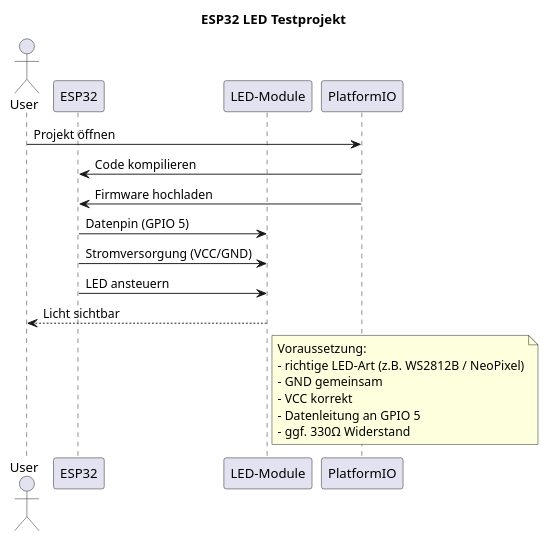
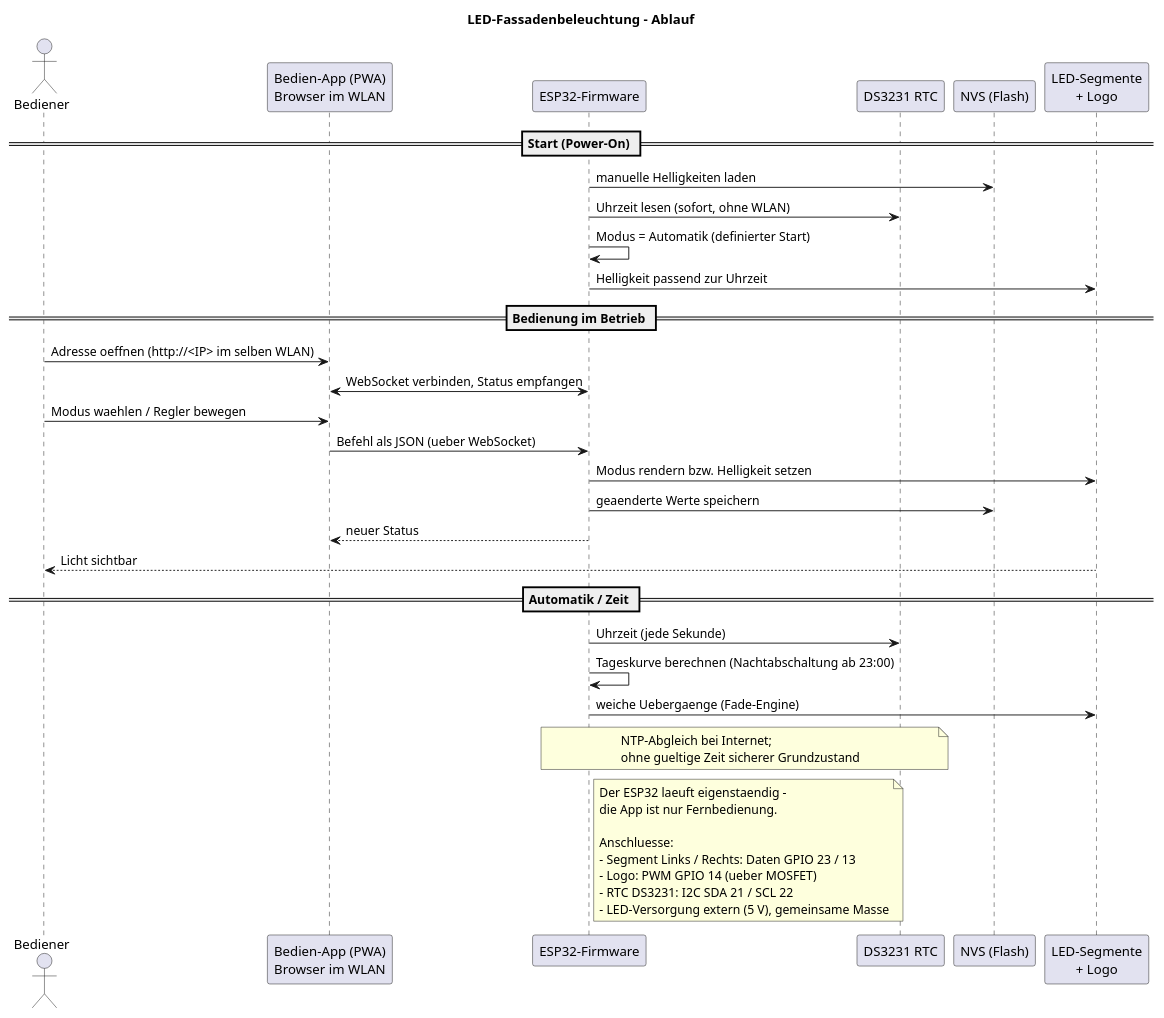
The diagram in plantuml.puml (EleMayer/Led_Synagoge), drawn with PlantUML before and after one commit. The commit also changed 14 other files, not shown here.

```diff
--- a/plantuml.puml
+++ b/plantuml.puml
@@ -1,26 +1,44 @@
-@startuml Led
-title ESP32 LED Testprojekt
+@startuml Fassade
+title LED-Fassadenbeleuchtung - Ablauf
 
-actor User
-participant "ESP32" as ESP32
-participant "LED-Module" as LED
-participant "PlatformIO" as PIO
+actor "Bediener" as User
+participant "Bedien-App (PWA)\nBrowser im WLAN" as App
+participant "ESP32-Firmware" as ESP
+participant "DS3231 RTC" as RTC
+participant "NVS (Flash)" as NVS
+participant "LED-Segmente\n+ Logo" as LED
 
-User -> PIO: Projekt öffnen
-PIO -> ESP32: Code kompilieren
-PIO -> ESP32: Firmware hochladen
-ESP32 -> LED: Datenpin (GPIO 5)
-ESP32 -> LED: Stromversorgung (VCC/GND)
-ESP32 -> LED: LED ansteuern
+== Start (Power-On) ==
+ESP -> NVS: manuelle Helligkeiten laden
+ESP -> RTC: Uhrzeit lesen (sofort, ohne WLAN)
+ESP -> ESP: Modus = Automatik (definierter Start)
+ESP -> LED: Helligkeit passend zur Uhrzeit
+
+== Bedienung im Betrieb ==
+User -> App: Adresse oeffnen (http://<IP> im selben WLAN)
+App <-> ESP: WebSocket verbinden, Status empfangen
+User -> App: Modus waehlen / Regler bewegen
+App -> ESP: Befehl als JSON (ueber WebSocket)
+ESP -> LED: Modus rendern bzw. Helligkeit setzen
+ESP -> NVS: geaenderte Werte speichern
+ESP --> App: neuer Status
 LED --> User: Licht sichtbar
 
-note right of LED
-  Voraussetzung:
-  - richtige LED-Art (z.B. WS2812B / NeoPixel)
-  - GND gemeinsam
-  - VCC korrekt
-  - Datenleitung an GPIO 5
-  - ggf. 330Ω Widerstand
+== Automatik / Zeit ==
+ESP -> RTC: Uhrzeit (jede Sekunde)
+ESP -> ESP: Tageskurve berechnen (Nachtabschaltung ab 23:00)
+ESP -> LED: weiche Uebergaenge (Fade-Engine)
+note over ESP, RTC: NTP-Abgleich bei Internet;\nohne gueltige Zeit sicherer Grundzustand
+
+note right of ESP
+  Der ESP32 laeuft eigenstaendig -
+  die App ist nur Fernbedienung.
+
+  Anschluesse:
+  - Segment Links / Rechts: Daten GPIO 23 / 13
+  - Logo: PWM GPIO 14 (ueber MOSFET)
+  - RTC DS3231: I2C SDA 21 / SCL 22
+  - LED-Versorgung extern (5 V), gemeinsame Masse
 end note
 
 @enduml
```
